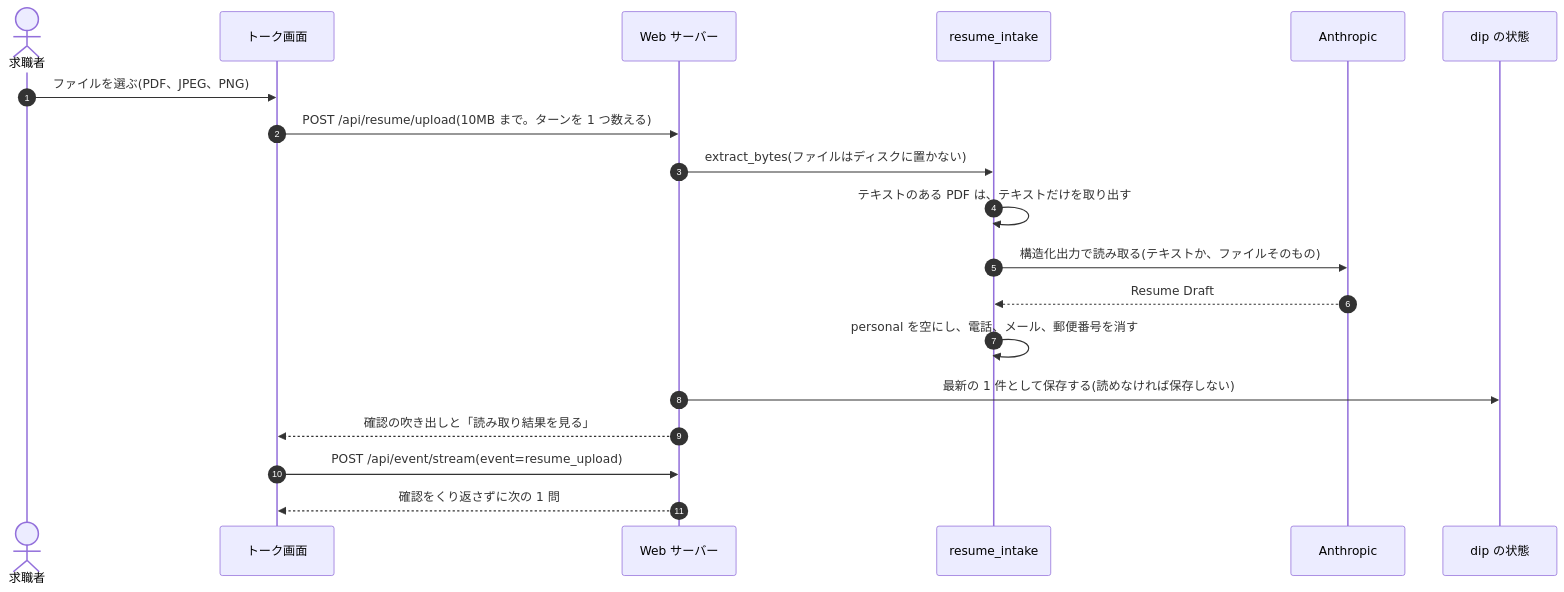
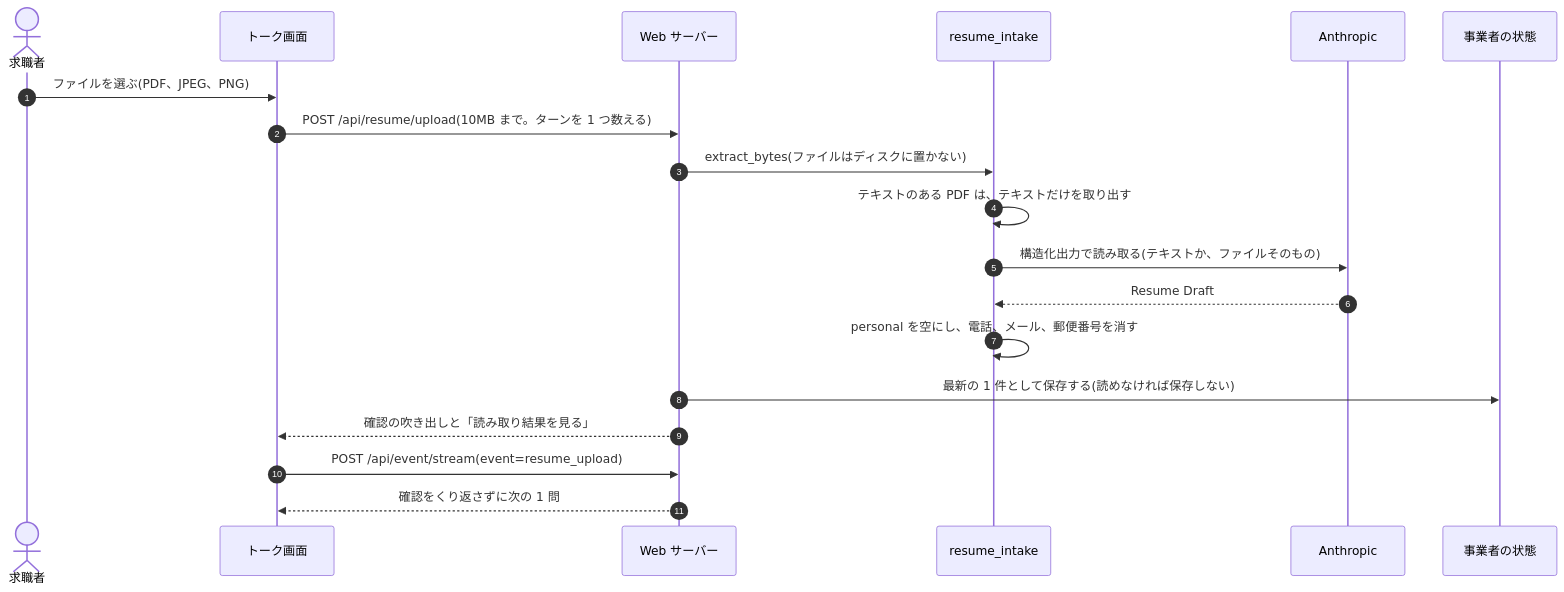
The fifth of 15 diagrams in docs/architecture/hld.md (jyoka/aica), drawn with Mermaid before and after one commit. The commit also changed other lines of this file and 51 other files, not shown here.

````diff
--- a/docs/architecture/hld.md
+++ b/docs/architecture/hld.md
@@ -438,22 +438,22 @@
 ```mermaid
 sequenceDiagram
     autonumber
     actor U as 求職者
     participant P as トーク画面
     participant S as Web サーバー
     participant I as resume_intake
     participant O as Anthropic
-    participant D as dip の状態
+    participant D as 事業者の状態
 
     U->>P: ファイルを選ぶ(PDF、JPEG、PNG)
     P->>S: POST /api/resume/upload(10MB まで。ターンを 1 つ数える)
     S->>I: extract_bytes(ファイルはディスクに置かない)
     I->>I: テキストのある PDF は、テキストだけを取り出す
     I->>O: 構造化出力で読み取る(テキストか、ファイルそのもの)
     O-->>I: Resume Draft
     I->>I: personal を空にし、電話、メール、郵便番号を消す
     S->>D: 最新の 1 件として保存する(読めなければ保存しない)
     S-->>P: 確認の吹き出しと「読み取り結果を見る」
     P->>S: POST /api/event/stream(event=resume_upload)
     S-->>P: 確認をくり返さずに次の 1 問
 ```
````
